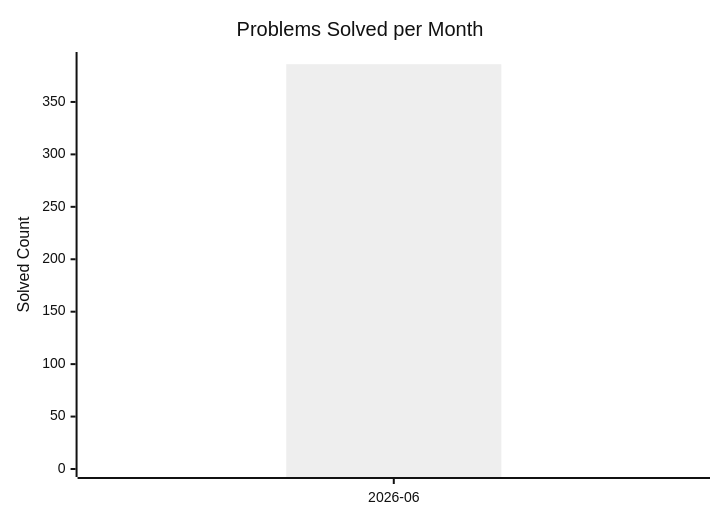
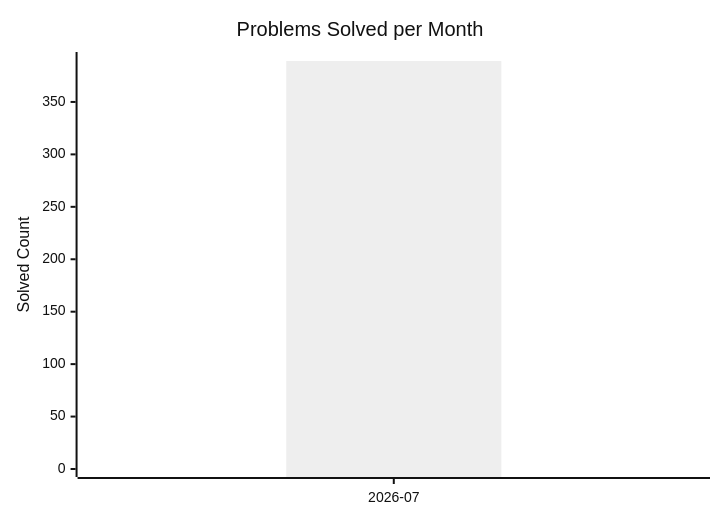
The diagram in dashboard.md (AdityaPandey-DEV/CP-Progress-Sync), drawn with Mermaid (neutral theme) before and after one commit. The commit also changed other lines of this file, not shown here.

````diff
--- a/dashboard.md
+++ b/dashboard.md
@@ -8,8 +8,8 @@
 ```mermaid
 xychart-beta
     title "Problems Solved per Month"
-    x-axis ["2026-06"]
+    x-axis ["2026-07"]
     y-axis "Solved Count" 0 --> 390
-    bar [386]
-    line [386]
+    bar [389]
+    line [389]
 ```
````
